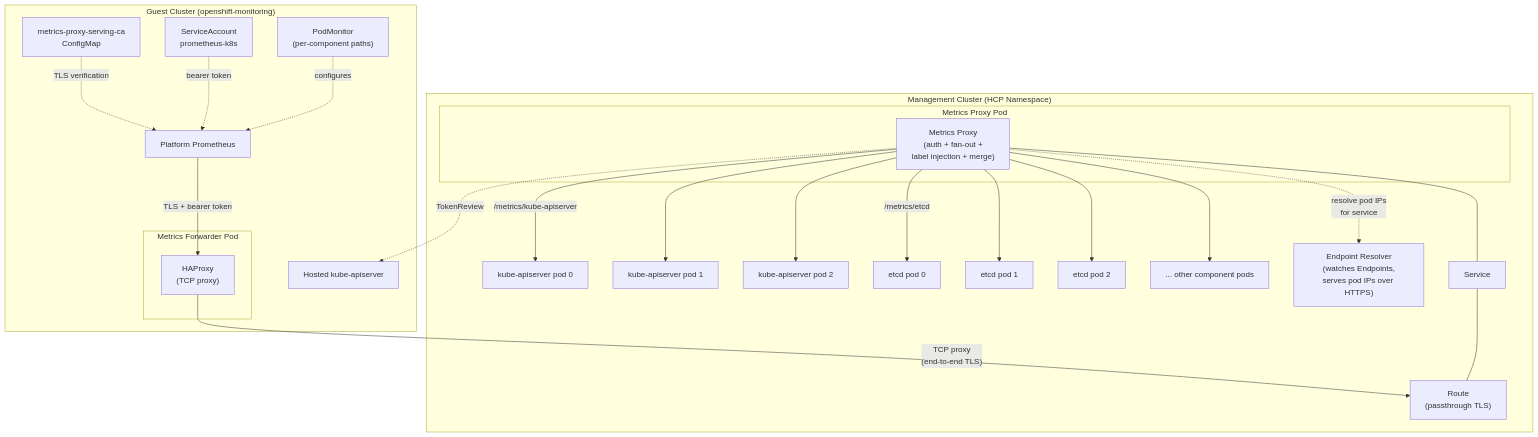
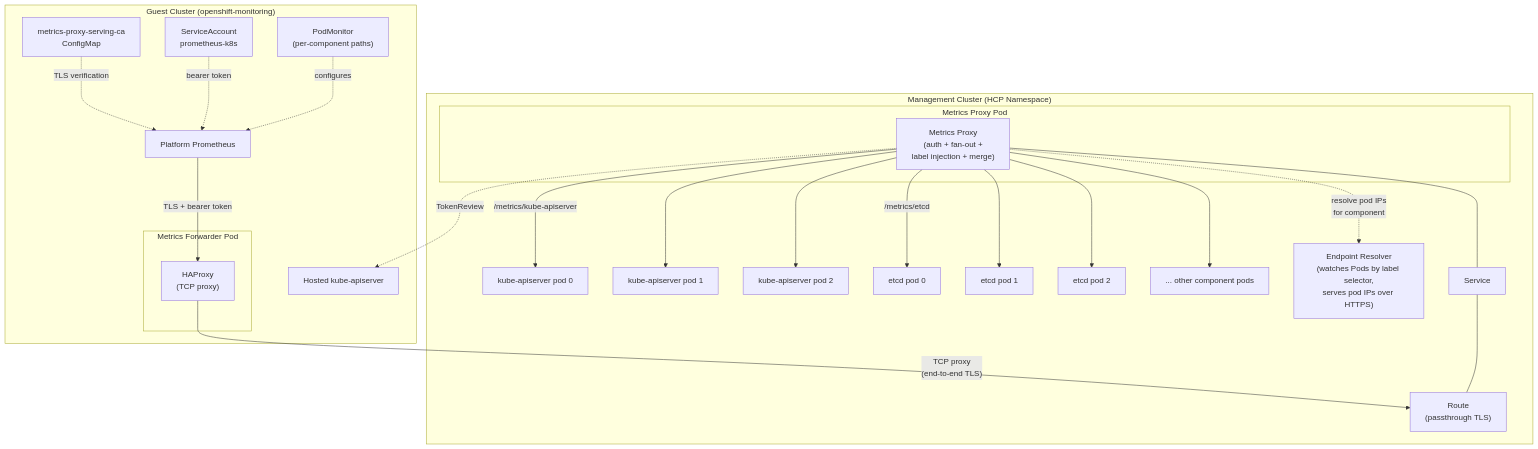
Before and after one commit to openshift/enhancements: the diagram in enhancements/hypershift/hosted-control-plane-metrics-exposure.md, drawn with Mermaid. The commit also changed other lines of this file, not shown here.

First line of the commit message:
Use pod label selectors from ServiceMonitor/PodMonitor for endpoint resolution

````diff
--- a/enhancements/hypershift/hosted-control-plane-metrics-exposure.md
+++ b/enhancements/hypershift/hosted-control-plane-metrics-exposure.md
@@ -161,53 +162,53 @@
 ```mermaid
 graph TD
     subgraph mc["Management Cluster (HCP Namespace)"]
         kas0["kube-apiserver pod 0"]
         kas1["kube-apiserver pod 1"]
         kas2["kube-apiserver pod 2"]
         etcd0["etcd pod 0"]
         etcd1["etcd pod 1"]
         etcd2["etcd pod 2"]
         others["... other component pods"]
 
         subgraph proxypod["Metrics Proxy Pod"]
             proxy["Metrics Proxy<br/>(auth + fan-out +<br/>label injection + merge)"]
         end
 
         proxy -- "/metrics/kube-apiserver" --> kas0
         proxy --> kas1
         proxy --> kas2
         proxy -- "/metrics/etcd" --> etcd0
         proxy --> etcd1
         proxy --> etcd2
         proxy --> others
 
-        resolver["Endpoint Resolver<br/>(watches Endpoints,<br/>serves pod IPs over HTTPS)"]
-        proxy -. "resolve pod IPs<br/>for service" .-> resolver
+        resolver["Endpoint Resolver<br/>(watches Pods by label selector,<br/>serves pod IPs over HTTPS)"]
+        proxy -. "resolve pod IPs<br/>for component" .-> resolver
 
         svc["Service"]
         route["Route<br/>(passthrough TLS)"]
 
         proxy --- svc
         svc --- route
     end
 
     subgraph gc["Guest Cluster (openshift-monitoring)"]
         subgraph fwdpod["Metrics Forwarder Pod"]
             fwd["HAProxy<br/>(TCP proxy)"]
         end
 
         pm["PodMonitor<br/>(per-component paths)"]
         prom["Platform Prometheus"]
         sa["ServiceAccount<br/>prometheus-k8s"]
         hosted_kas["Hosted kube-apiserver"]
         ca["metrics-proxy-serving-ca<br/>ConfigMap"]
 
         pm -. "configures" .-> prom
         sa -. "bearer token" .-> prom
         ca -. "TLS verification" .-> prom
         prom -- "TLS + bearer token" --> fwd
     end
 
     fwd -- "TCP proxy<br/>(end-to-end TLS)" --> route
     proxy -. "TokenReview" .-> hosted_kas
 ```
````
